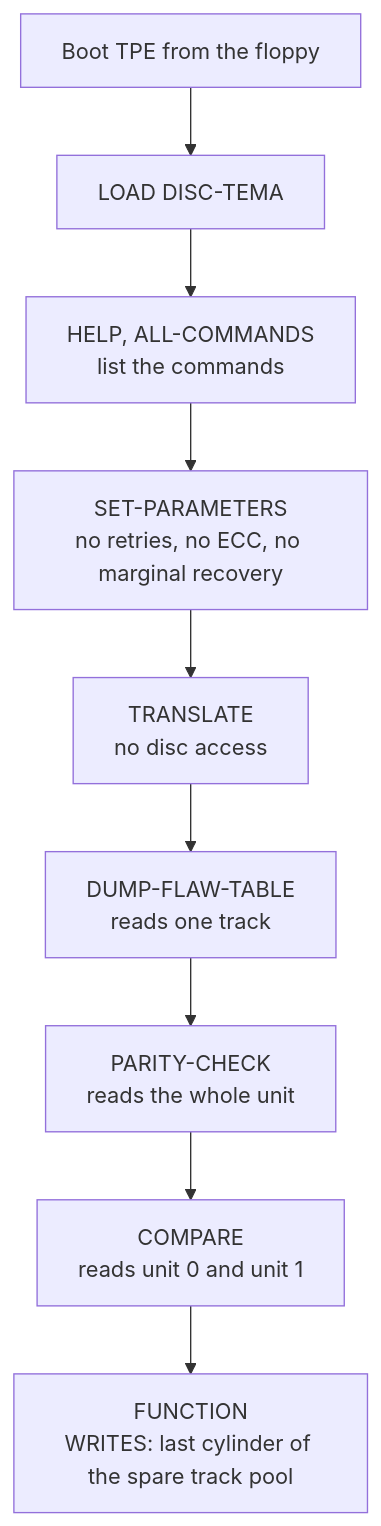
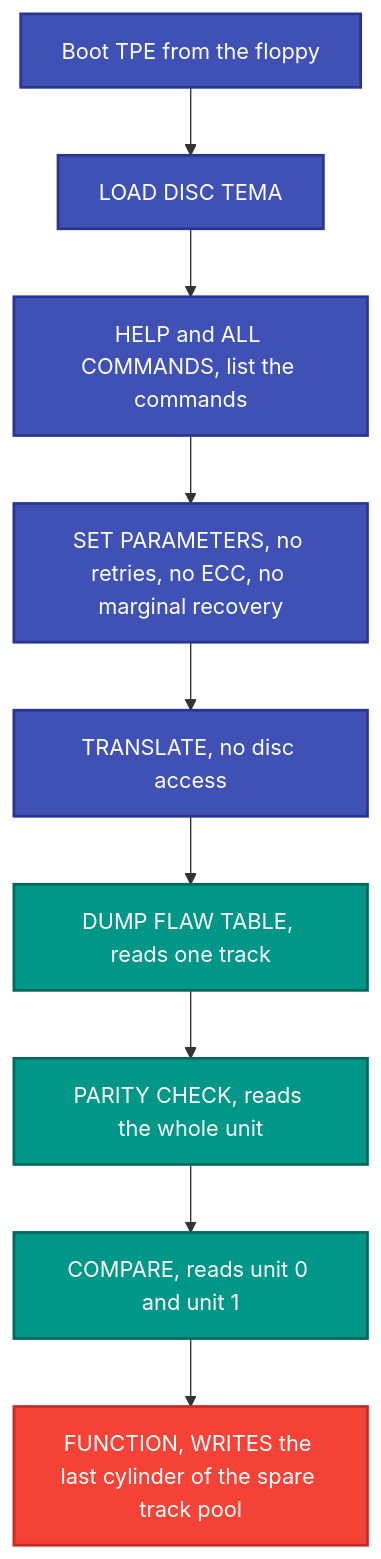
One commit to RetroCoreLabs/nd100x changed the second of 5 diagrams in docs/DISC-TEMA-TESTING.md. Above: the diagram before and after it, drawn with Mermaid. The commit also changed other lines of this file and 1 other file, not shown here.

First line of the commit message:
DISC-TEMA document: contents on top, grouped sections, readable everywhere

````diff
--- a/docs/DISC-TEMA-TESTING.md
+++ b/docs/DISC-TEMA-TESTING.md
@@ -215,11 +225,21 @@
 ```mermaid
 flowchart TD
-  A["Boot TPE from the floppy"] --> B["LOAD DISC-TEMA"]
-  B --> C["HELP, ALL-COMMANDS<br/>list the commands"]
-  C --> D["SET-PARAMETERS<br/>no retries, no ECC, no marginal recovery"]
-  D --> E["TRANSLATE<br/>no disc access"]
-  E --> G["DUMP-FLAW-TABLE<br/>reads one track"]
-  G --> H["PARITY-CHECK<br/>reads the whole unit"]
-  H --> I["COMPARE<br/>reads unit 0 and unit 1"]
-  I --> J["FUNCTION<br/>WRITES: last cylinder of the spare track pool"]
+  A["Boot TPE from the floppy"] --> B["LOAD DISC TEMA"]
+  B --> C["HELP and ALL COMMANDS, list the commands"]
+  C --> D["SET PARAMETERS, no retries, no ECC, no marginal recovery"]
+  D --> E["TRANSLATE, no disc access"]
+  E --> G["DUMP FLAW TABLE, reads one track"]
+  G --> H["PARITY CHECK, reads the whole unit"]
+  H --> I["COMPARE, reads unit 0 and unit 1"]
+  I --> J["FUNCTION, WRITES the last cylinder of the spare track pool"]
+  classDef program fill:#3F51B5,stroke:#283593,stroke-width:2px,color:#fff
+  classDef smd fill:#2196F3,stroke:#1565C0,stroke-width:2px,color:#fff
+  classDef wd fill:#9C27B0,stroke:#7B1FA2,stroke-width:2px,color:#fff
+  classDef data fill:#009688,stroke:#00695C,stroke-width:2px,color:#fff
+  classDef decide fill:#FFA726,stroke:#F57C00,stroke-width:2px,color:#000
+  classDef pass fill:#4CAF50,stroke:#2E7D32,stroke-width:2px,color:#fff
+  classDef fail fill:#F44336,stroke:#C62828,stroke-width:2px,color:#fff
+  class A,B,C,D,E program
+  class G,H,I data
+  class J fail
 ```
````
